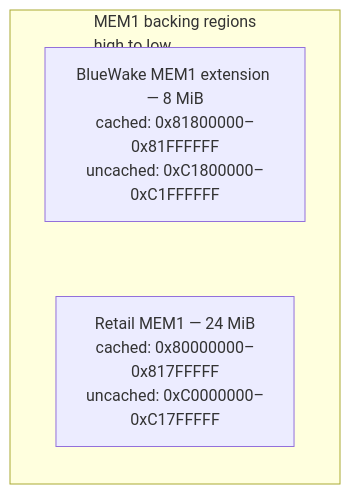
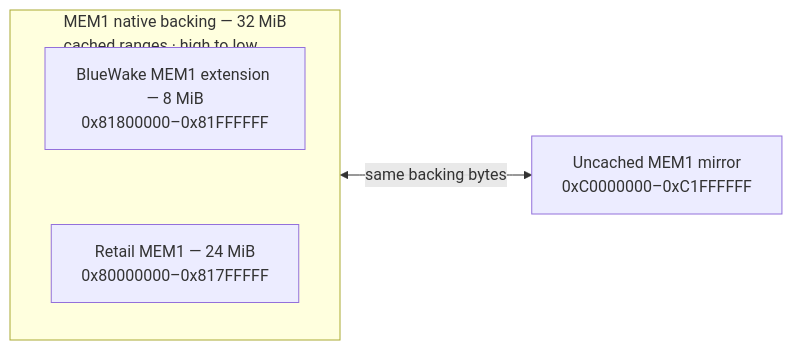
The fourth of 6 diagrams in docs/architecture/GuestState.md (Aelbannan/boat_of_daphnes), drawn with Mermaid before and after one commit. The commit also changed other lines of this file, not shown here.

Commit message:
docs: clarify uncached MEM1 mirror

````diff
--- a/docs/architecture/GuestState.md
+++ b/docs/architecture/GuestState.md
@@ -447,18 +447,16 @@
 ```mermaid
-flowchart TB
-    subgraph MEM1["MEM1 backing regions<br/>high to low"]
+flowchart LR
+    subgraph MEM1["MEM1 native backing — 32 MiB<br/>cached ranges · high to low"]
         direction TB
         Extension["`BlueWake MEM1 extension — 8 MiB
-cached: 0x81800000–
-0x81FFFFFF
-uncached: 0xC1800000–
-0xC1FFFFFF`"]
+0x81800000–0x81FFFFFF`"]
         Retail["`Retail MEM1 — 24 MiB
-cached: 0x80000000–
-0x817FFFFF
-uncached: 0xC0000000–
-0xC17FFFFF`"]
+0x80000000–0x817FFFFF`"]
 
         Extension ~~~ Retail
     end
+
+    Mirror["`Uncached MEM1 mirror
+0xC0000000–0xC1FFFFFF`"]
+    MEM1 <-->|"same backing bytes"| Mirror
 ```
````
